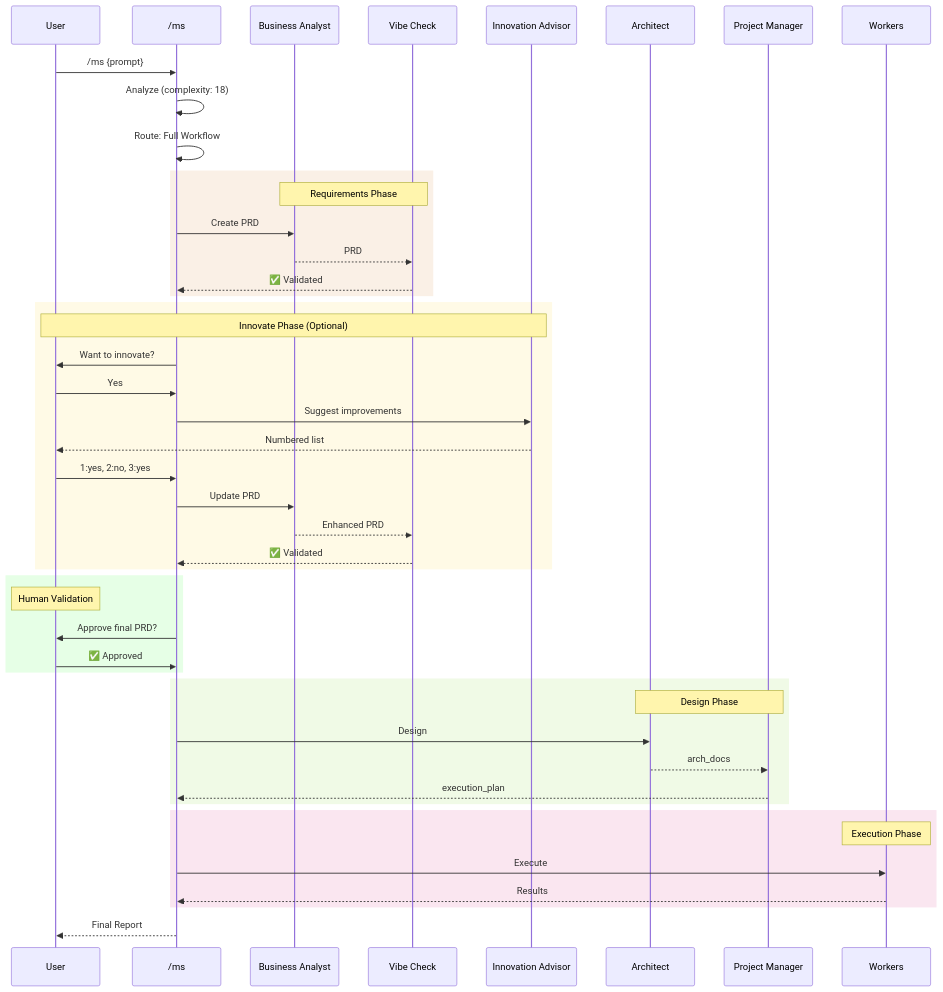
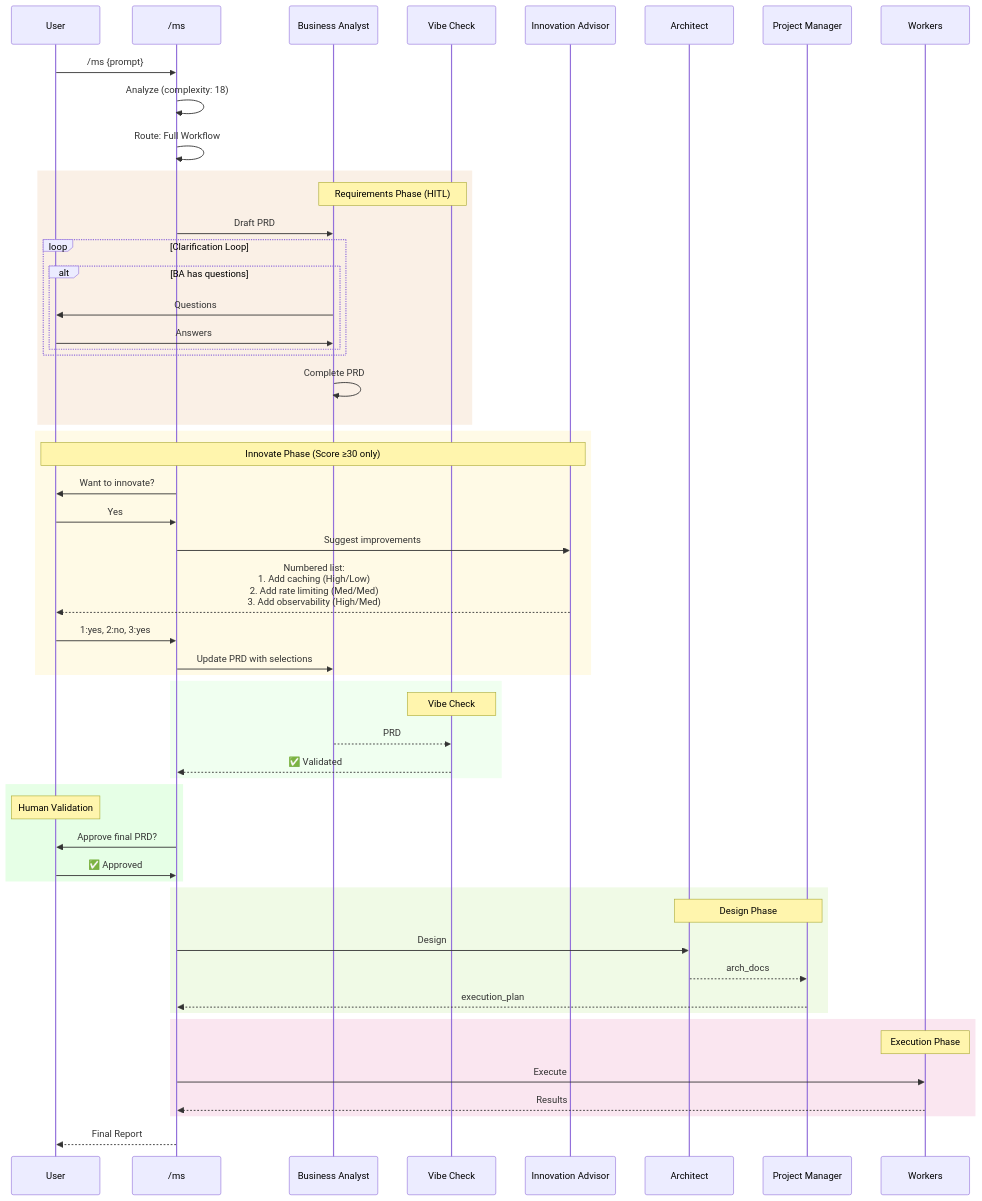
One commit to metasaver/metasaver-marketplace changed the third of 3 diagrams in docs/ms-command-target-state.md. Above: the diagram before and after it, drawn with Mermaid. The commit also changed other lines of this file and 11 other files, not shown here.

Commit message:
feat: enhance workflow documentation for audit, build, and ms commands with detailed phase descriptions and HITL processes

````diff
--- a/docs/ms-command-target-state.md
+++ b/docs/ms-command-target-state.md
@@ -143,55 +145,64 @@
 ```mermaid
 sequenceDiagram
     participant U as User
     participant MS as /ms
     participant BA as Business Analyst
     participant VC as Vibe Check
     participant IA as Innovation Advisor
     participant AR as Architect
     participant PM as Project Manager
     participant W as Workers
 
     U->>MS: /ms {prompt}
     MS->>MS: Analyze (complexity: 18)
     MS->>MS: Route: Full Workflow
 
     rect rgb(250, 240, 230)
-        Note over BA,VC: Requirements Phase
-        MS->>BA: Create PRD
-        BA-->>VC: PRD
-        VC-->>MS: ✅ Validated
+        Note over BA,VC: Requirements Phase (HITL)
+        MS->>BA: Draft PRD
+        loop Clarification Loop
+            alt BA has questions
+                BA->>U: Questions
+                U->>BA: Answers
+            end
+        end
+        BA->>BA: Complete PRD
     end
 
     rect rgb(255, 250, 230)
-        Note over U,IA: Innovate Phase (Optional)
+        Note over U,IA: Innovate Phase (Score ≥30 only)
         MS->>U: Want to innovate?
         U->>MS: Yes
         MS->>IA: Suggest improvements
-        IA-->>U: Numbered list
+        IA-->>U: Numbered list:<br/>1. Add caching (High/Low)<br/>2. Add rate limiting (Med/Med)<br/>3. Add observability (High/Med)
         U->>MS: 1:yes, 2:no, 3:yes
-        MS->>BA: Update PRD
-        BA-->>VC: Enhanced PRD
+        MS->>BA: Update PRD with selections
+    end
+
+    rect rgb(240, 255, 240)
+        Note over VC: Vibe Check
+        BA-->>VC: PRD
         VC-->>MS: ✅ Validated
     end
 
     rect rgb(230, 255, 230)
         Note over U: Human Validation
         MS->>U: Approve final PRD?
         U->>MS: ✅ Approved
     end
 
     rect rgb(240, 250, 230)
         Note over AR,PM: Design Phase
         MS->>AR: Design
         AR-->>PM: arch_docs
         PM-->>MS: execution_plan
     end
 
     rect rgb(250, 230, 240)
         Note over W: Execution Phase
         MS->>W: Execute
         W-->>MS: Results
     end
 
     MS-->>U: Final Report
 ```
````
